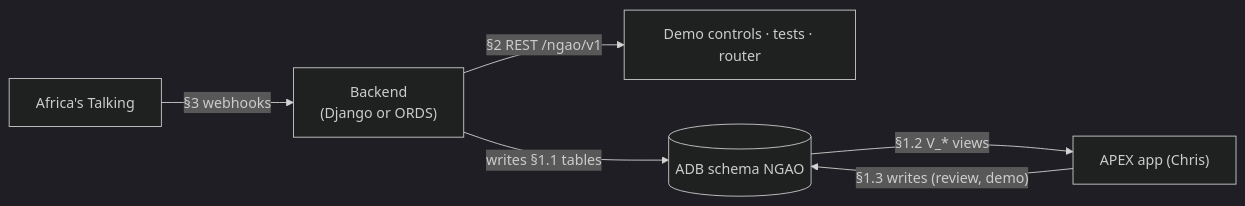
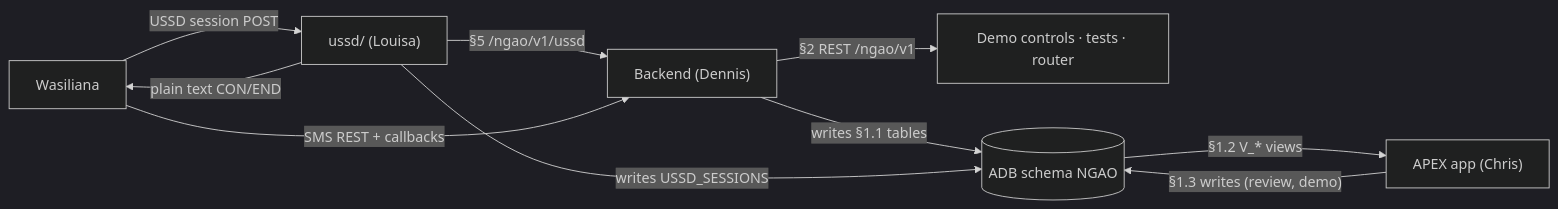
Before and after one commit to ChristopherKiokoStrathmore/DrainSense-Global: the diagram in docs/API_CONTRACT.md, drawn with Mermaid (dark theme). The commit also changed other lines of this file and 14 other files, not shown here.

````diff
--- a/docs/API_CONTRACT.md
+++ b/docs/API_CONTRACT.md
@@ -6,8 +7,12 @@
 ```mermaid
 flowchart LR
-  AT["Africa's Talking"] -- "§3 webhooks" --> BE["Backend<br/>(Django or ORDS)"]
+  WA["Wasiliana"] -- "USSD session POST" --> US["ussd/ (Louisa)"]
+  US -- "plain text CON/END" --> WA
+  US -- "§5 /ngao/v1/ussd" --> BE["Backend (Dennis)"]
+  WA -- "SMS REST + callbacks" --> BE
   BE -- "§2 REST /ngao/v1" --> X["Demo controls · tests · router"]
   BE -- "writes §1.1 tables" --> DB[("ADB schema NGAO")]
+  US -- "writes USSD_SESSIONS" --> DB
   DB -- "§1.2 V_* views" --> APEX["APEX app (Chris)"]
   APEX -- "§1.3 writes (review, demo)" --> DB
 ```
````
